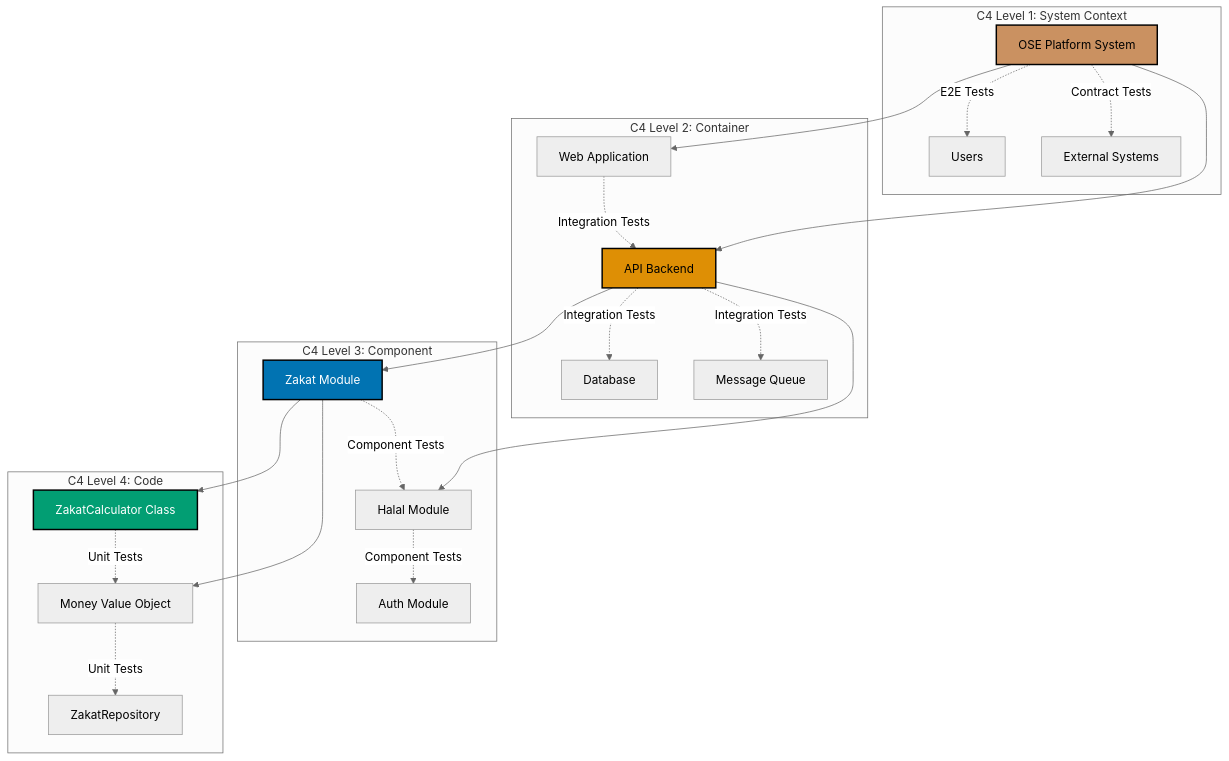
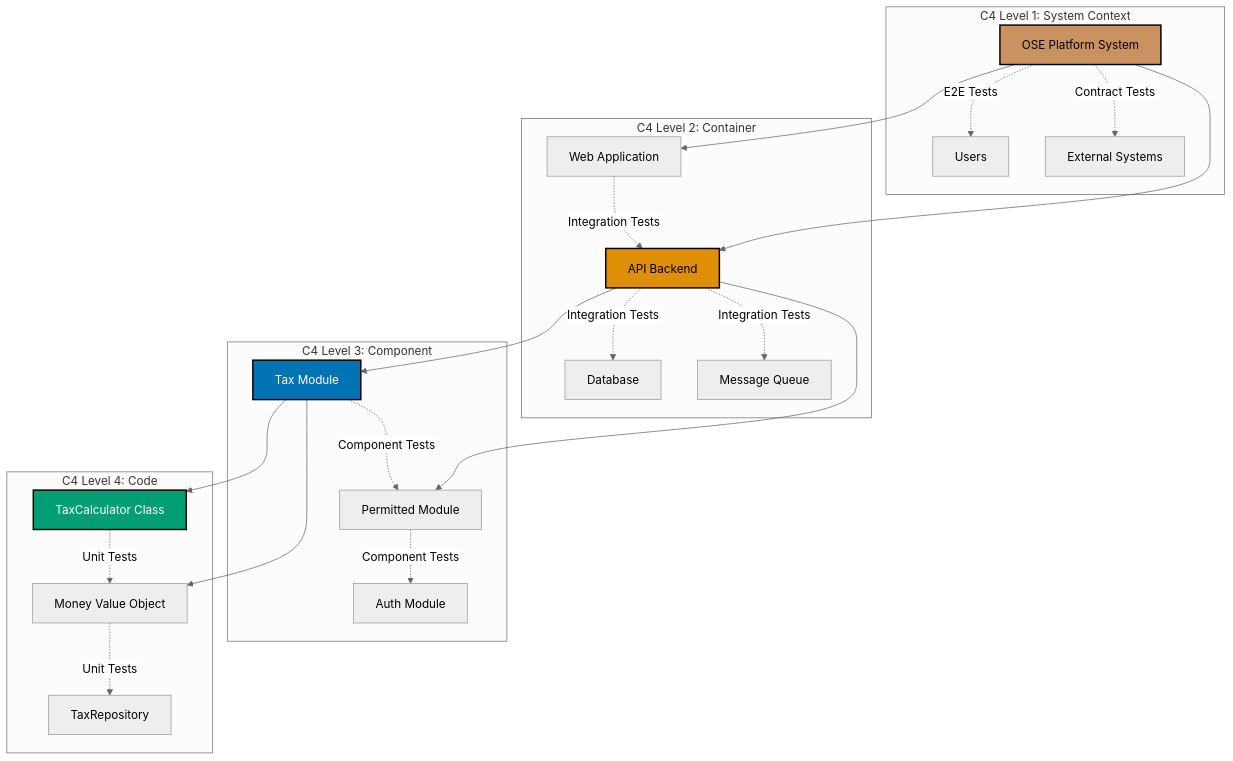
One commit to wahidyankf/open-sharia-enterprise changed the fifth of 6 diagrams in docs/explanation/software/development/test-driven-development-tdd/ex-so-de-tedrdeve__15-decision-trees-and-best-practices.md. Above: the diagram before and after it, drawn with Mermaid (neutral theme). The commit also changed other lines of this file and 94 other files, not shown here.

````diff
--- a/docs/explanation/software/development/test-driven-development-tdd/ex-so-de-tedrdeve__15-decision-trees-and-best-practices.md
+++ b/docs/explanation/software/development/test-driven-development-tdd/ex-so-de-tedrdeve__15-decision-trees-and-best-practices.md
@@ -652,48 +652,48 @@
 ```mermaid
 graph TB
     subgraph "C4 Level 1: System Context"
         S1[OSE Platform System]
         S2[Users]
         S3[External Systems]
         S1 -.->|E2E Tests| S2
         S1 -.->|Contract Tests| S3
     end
 
     subgraph "C4 Level 2: Container"
         C1[Web Application]
         C2[API Backend]
         C3[Database]
         C4[Message Queue]
         C1 -.->|Integration Tests| C2
         C2 -.->|Integration Tests| C3
         C2 -.->|Integration Tests| C4
     end
 
     subgraph "C4 Level 3: Component"
-        CO1[Zakat Module]
-        CO2[Halal Module]
+        CO1[Tax Module]
+        CO2[Permitted Module]
         CO3[Auth Module]
         CO1 -.->|Component Tests| CO2
         CO2 -.->|Component Tests| CO3
     end
 
     subgraph "C4 Level 4: Code"
-        CD1[ZakatCalculator Class]
+        CD1[TaxCalculator Class]
         CD2[Money Value Object]
-        CD3[ZakatRepository]
+        CD3[TaxRepository]
         CD1 -.->|Unit Tests| CD2
         CD2 -.->|Unit Tests| CD3
     end
 
     S1 --> C1
     S1 --> C2
     C2 --> CO1
     C2 --> CO2
     CO1 --> CD1
     CO1 --> CD2
 
     style S1 fill:#CA9161,stroke:#000000,color:#000000,stroke-width:2px
     style C2 fill:#DE8F05,stroke:#000000,color:#000000,stroke-width:2px
     style CO1 fill:#0173B2,stroke:#000000,color:#FFFFFF,stroke-width:2px
     style CD1 fill:#029E73,stroke:#000000,color:#FFFFFF,stroke-width:2px
 ```
````
